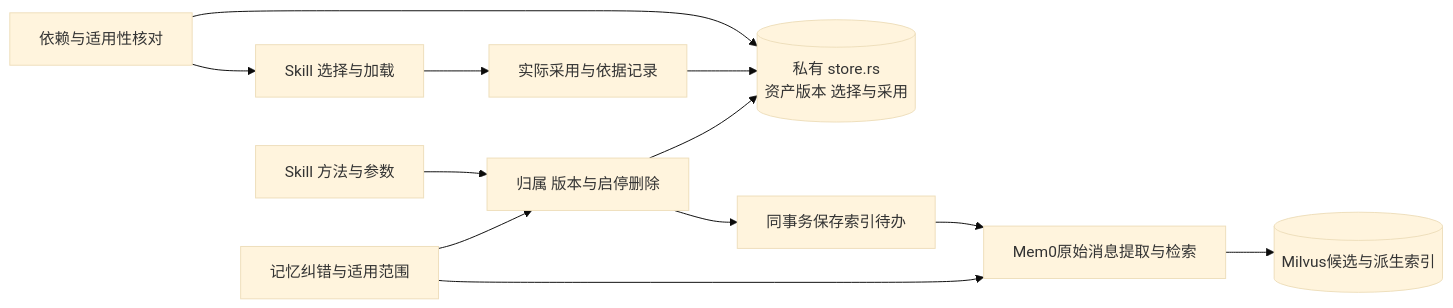
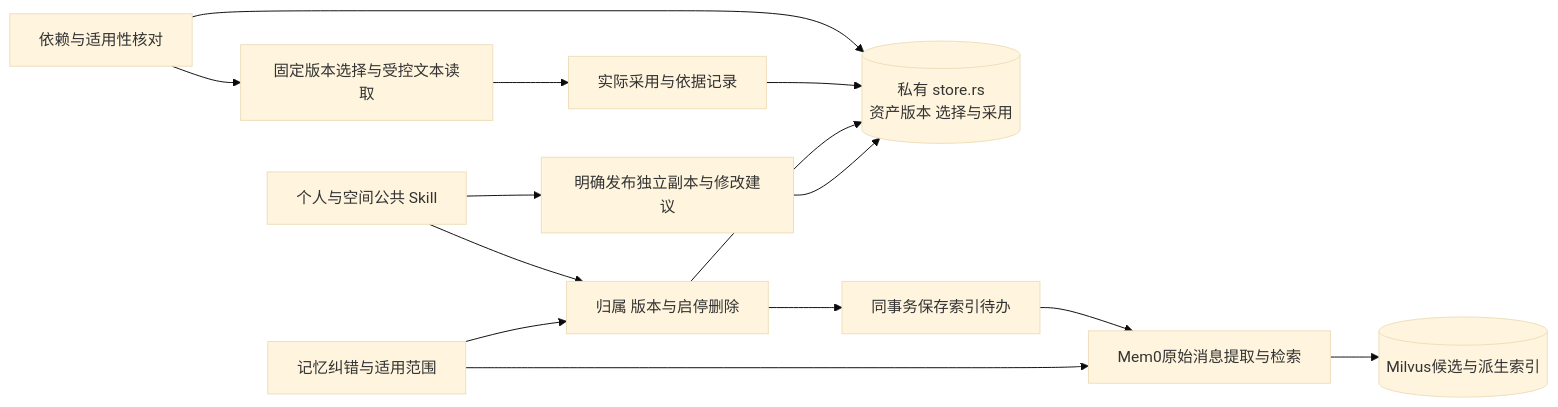
Before and after one commit to yaoziyaoguai/data_agent: the ninth of 11 diagrams in docs/architecture/knowledge-modules.md, drawn with Mermaid (base theme). The commit also changed other lines of this file and 113 other files, not shown here.

````diff
--- a/docs/architecture/knowledge-modules.md
+++ b/docs/architecture/knowledge-modules.md
@@ -421,14 +429,16 @@
 ```mermaid
 flowchart LR
     Memory[记忆纠错与适用范围] --> Lifecycle[归属 版本与启停删除]
-    Skill[Skill 方法与参数] --> Lifecycle
+    Skill[个人与空间公共 Skill] --> Lifecycle
+    Skill --> Publish[明确发布独立副本与修改建议]
+    Publish --> Store
     Lifecycle --> Store[(私有 store.rs<br/>资产版本 选择与采用)]
     Memory --> Provider[Mem0原始消息提取与检索]
     Provider --> Index[(Milvus候选与派生索引)]
     Lifecycle --> Jobs[同事务保存索引待办]
     Jobs --> Provider
-    Applicability[依赖与适用性核对] --> Selection[Skill 选择与加载]
+    Applicability[依赖与适用性核对] --> Selection[固定版本选择与受控文本读取]
     Selection --> Adoption[实际采用与依据记录]
     Adoption --> Store
     Applicability --> Store
 ```
````
